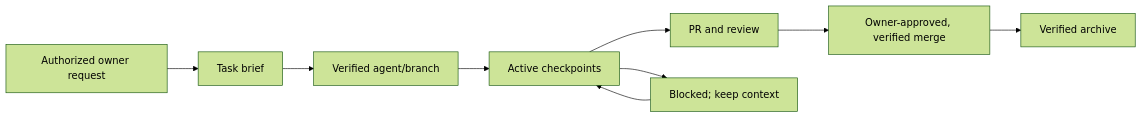
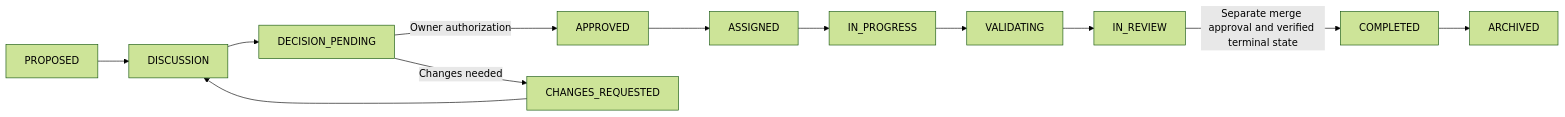
One commit to im-tnyx/Tio-Money changed the diagram in .ai/tasks/README.md. Above: the diagram before and after it, drawn with Mermaid (forest theme). The commit also changed other lines of this file and 4 other files, not shown here.

````diff
--- a/.ai/tasks/README.md
+++ b/.ai/tasks/README.md
@@ -7,11 +11,14 @@
 ```mermaid
 flowchart LR
-  REQUEST["Authorized owner request"] --> BRIEF["Task brief"]
-  BRIEF --> ASSIGNED["Verified agent/branch"]
-  ASSIGNED --> ACTIVE["Active checkpoints"]
-  ACTIVE --> REVIEW["PR and review"]
-  REVIEW --> MERGE["Owner-approved, verified merge"]
-  MERGE --> ARCHIVE["Verified archive"]
-  ACTIVE --> BLOCKED["Blocked; keep context"]
-  BLOCKED --> ACTIVE
+  P["PROPOSED"] --> D["DISCUSSION"]
+  D --> Q["DECISION_PENDING"]
+  Q -->|Owner authorization| A["APPROVED"]
+  A --> S["ASSIGNED"]
+  S --> I["IN_PROGRESS"]
+  I --> V["VALIDATING"]
+  V --> R["IN_REVIEW"]
+  R -->|Separate merge approval and verified terminal state| C["COMPLETED"]
+  C --> H["ARCHIVED"]
+  Q -->|Changes needed| X["CHANGES_REQUESTED"]
+  X --> D
 ```
````
